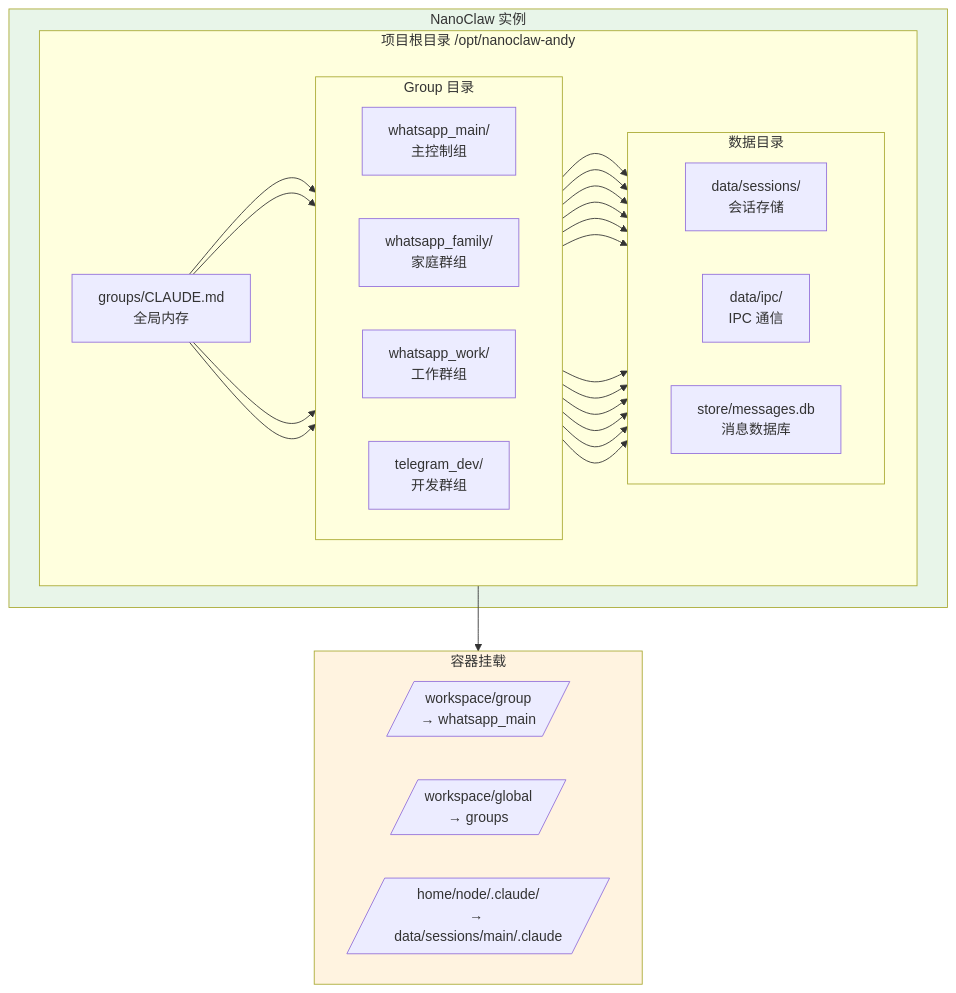
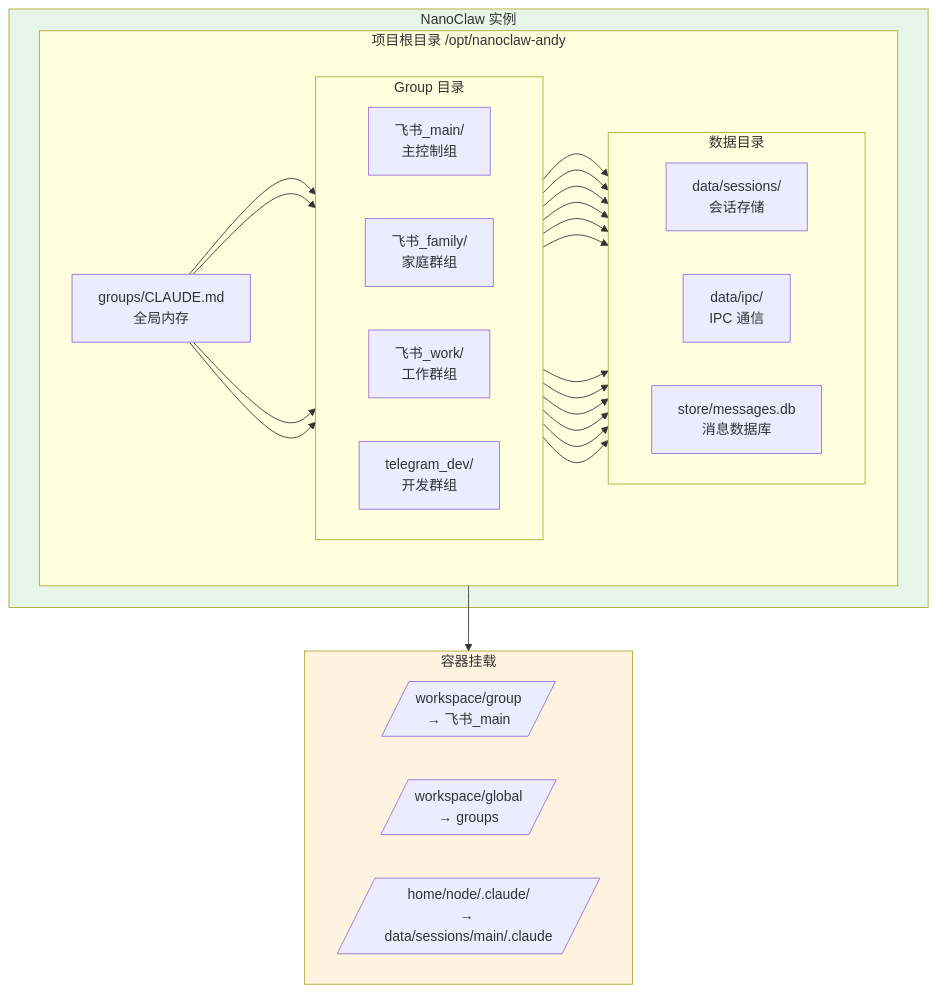
The second of 4 diagrams in MULTI_AGENT_ISOLATION.md (xi-qian/workdoc), drawn with Mermaid before and after one commit. The commit also changed other lines of this file and 9 other files, not shown here.

````diff
--- a/MULTI_AGENT_ISOLATION.md
+++ b/MULTI_AGENT_ISOLATION.md
@@ -112,39 +112,39 @@
 ```mermaid
 graph TD
     subgraph INSTANCE["NanoClaw 实例"]
         subgraph ROOT["项目根目录 /opt/nanoclaw-andy"]
             direction LR
             GLOBAL[groups/CLAUDE.md<br/>全局内存]
 
             subgraph GROUPS["Group 目录"]
                 direction LR
-                G1[whatsapp_main/<br/>主控制组]
-                G2[whatsapp_family/<br/>家庭群组]
-                G3[whatsapp_work/<br/>工作群组]
+                G1[飞书_main/<br/>主控制组]
+                G2[飞书_family/<br/>家庭群组]
+                G3[飞书_work/<br/>工作群组]
                 G4[telegram_dev/<br/>开发群组]
             end
 
             subgraph DATA["数据目录"]
                 direction LR
                 D1[data/sessions/<br/>会话存储]
                 D2[data/ipc/<br/>IPC 通信]
                 D3[store/messages.db<br/>消息数据库]
             end
         end
     end
 
     subgraph MOUNTS["容器挂载"]
         direction LR
-        M1[/workspace/group<br/>→ whatsapp_main/]
+        M1[/workspace/group<br/>→ 飞书_main/]
         M2[/workspace/global<br/>→ groups/]
         M3[/home/node/.claude/<br/>→ data/sessions/main/.claude/]
     end
 
     GLOBAL --> G1 & G2 & G3 & G4
     G1 & G2 & G3 & G4 --> D1 & D2 & D3
 
     ROOT --> MOUNTS
 
     style INSTANCE fill:#e8f5e9
     style MOUNTS fill:#fff3e0
 ```
````
